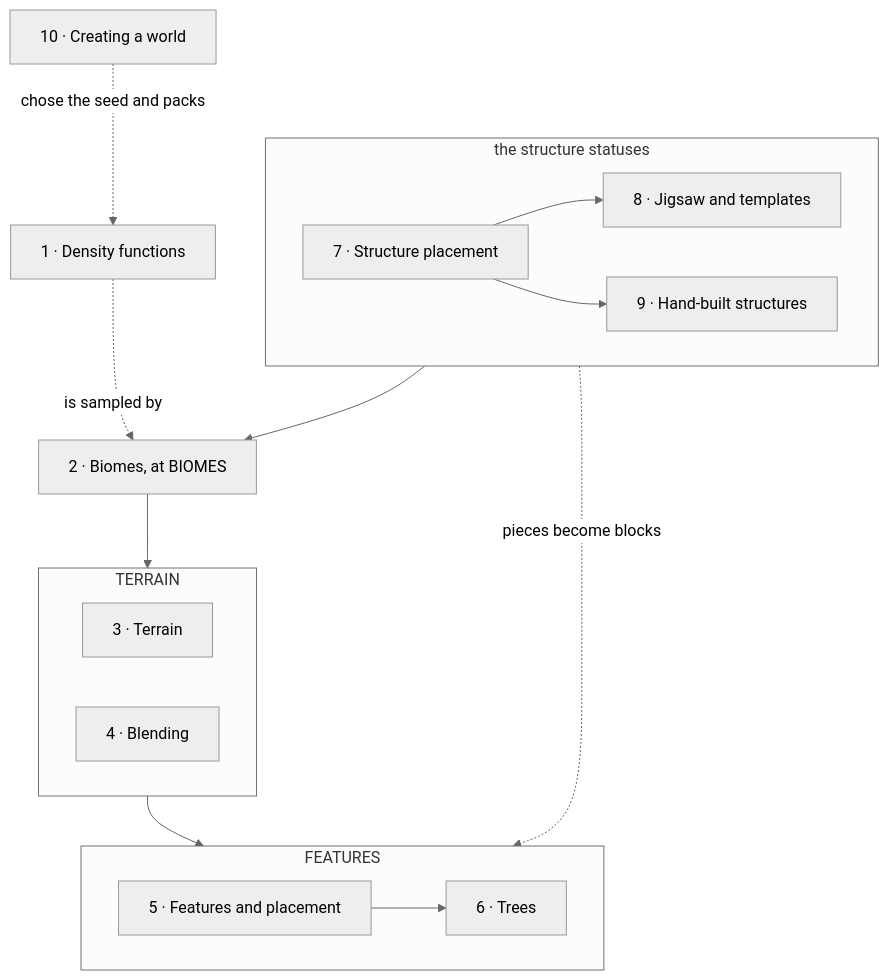
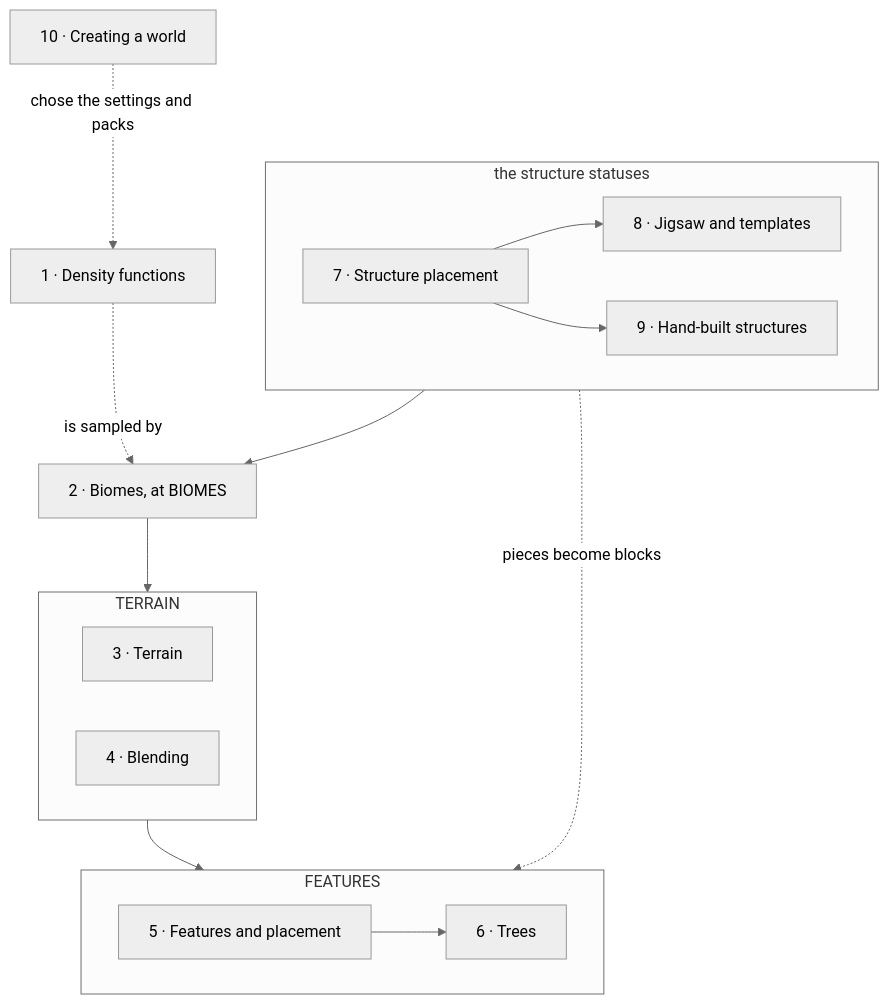
Before and after one commit to AlexanderjFraser/MinecraftDocs: the diagram in src/systems/worldgen/README.md, drawn with Mermaid (neutral theme). The commit also changed other lines of this file and 25 other files, not shown here.

````diff
--- a/src/systems/worldgen/README.md
+++ b/src/systems/worldgen/README.md
@@ -48,20 +36,20 @@
 ```mermaid
 flowchart TD
-    CW["10 · Creating a world"] -.->|"chose the seed and packs"| DF["1 · Density functions"]
+    CW["10 · Creating a world"] -.->|"chose the settings and packs"| DF["1 · Density functions"]
     DF -.->|"is sampled by"| L2
     subgraph SS["the structure statuses"]
         S7["7 · Structure placement"] --> S8["8 · Jigsaw and templates"]
         S7 --> S9["9 · Hand-built structures"]
     end
     SS --> L2["2 · Biomes, at BIOMES"]
     L2 --> TE
     subgraph TE["TERRAIN"]
         L3["3 · Terrain"]
         L4["4 · Blending"]
     end
     TE --> FE
     subgraph FE["FEATURES"]
         L5["5 · Features and placement"] --> L6["6 · Trees"]
     end
     SS -.->|"pieces become blocks"| FE
 ```
````
